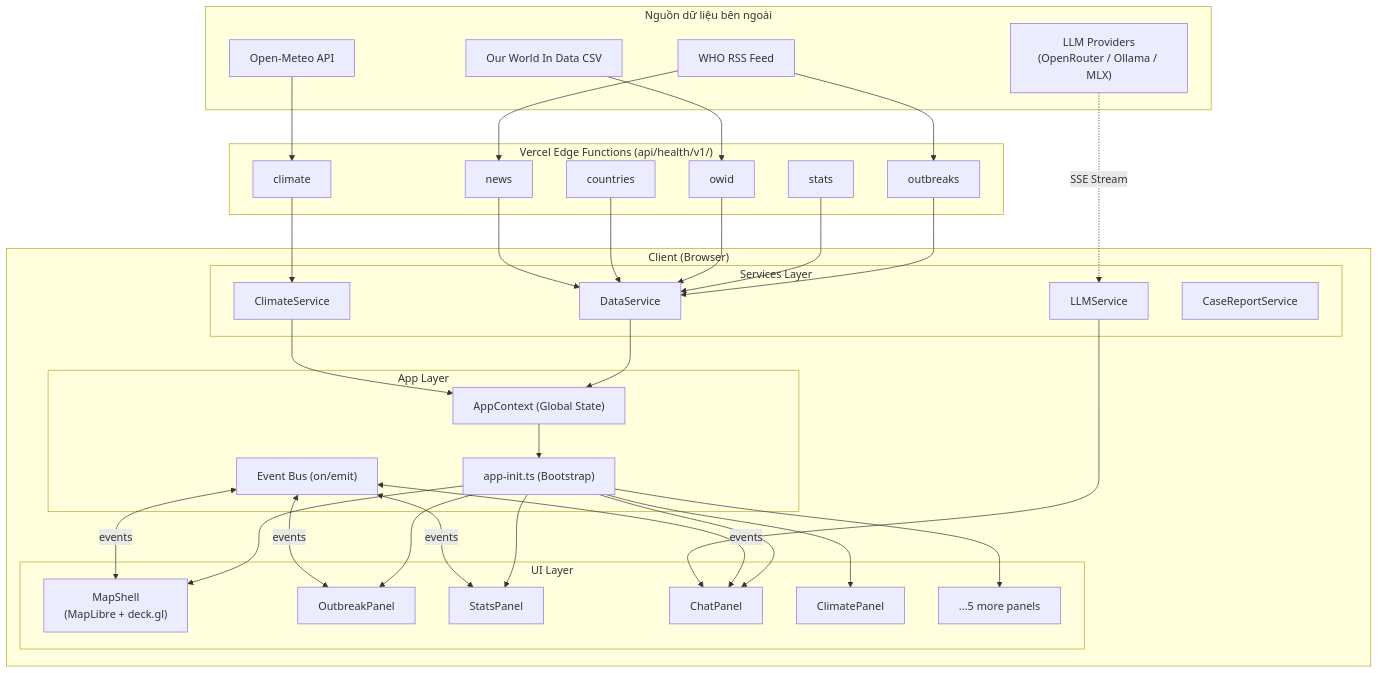
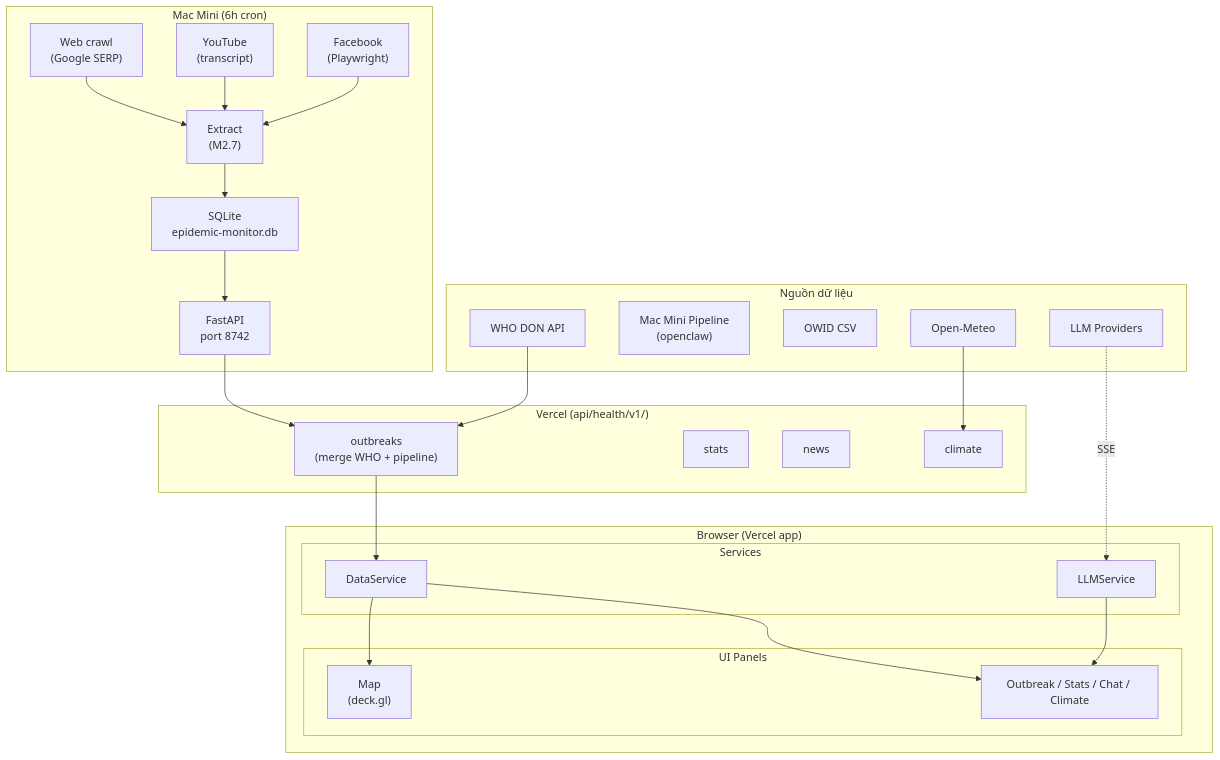
One commit to phuc-nt/my-epidemic-monitor changed the first of 5 diagrams in docs/technical/system-architecture.md. Above: the diagram before and after it, drawn with Mermaid. The commit also changed other lines of this file and 33 other files, not shown here.

````diff
--- a/docs/technical/system-architecture.md
+++ b/docs/technical/system-architecture.md
@@ -20,63 +25,52 @@
 ```mermaid
 graph TB
-    subgraph External["Nguồn dữ liệu bên ngoài"]
-        WHO["WHO RSS Feed"]
-        OWID["Our World In Data CSV"]
-        OM["Open-Meteo API"]
-        LLM_P["LLM Providers<br/>(OpenRouter / Ollama / MLX)"]
+    subgraph External["Nguồn dữ liệu"]
+        WHO["WHO DON API"]
+        MM["Mac Mini Pipeline<br/>(openclaw)"]
+        OWID["OWID CSV"]
+        OM["Open-Meteo"]
+        LLM_P["LLM Providers"]
     end
 
-    subgraph Edge["Vercel Edge Functions (api/health/v1/)"]
-        EF1["outbreaks"]
-        EF2["stats"]
-        EF3["owid"]
-        EF4["countries"]
-        EF5["news"]
-        EF6["climate"]
+    subgraph Pipeline["Mac Mini (6h cron)"]
+        WEB["Web crawl<br/>(Google SERP)"]
+        YT["YouTube<br/>(transcript)"]
+        FB["Facebook<br/>(Playwright)"]
+        EXT["Extract<br/>(M2.7)"]
+        DB["SQLite<br/>epidemic-monitor.db"]
+        API["FastAPI<br/>port 8742"]
     end
 
-    subgraph Client["Client (Browser)"]
-        subgraph Services["Services Layer"]
+    subgraph Edge["Vercel (api/health/v1/)"]
+        EF_OUT["outbreaks<br/>(merge WHO + pipeline)"]
+        EF_STATS["stats"]
+        EF_NEWS["news"]
+        EF_CLIMATE["climate"]
+    end
+
+    subgraph Client["Browser (Vercel app)"]
+        subgraph Services["Services"]
             DS["DataService"]
             LS["LLMService"]
-            CS["ClimateService"]
-            CR["CaseReportService"]
         end
 
-        subgraph AppLayer["App Layer"]
-            AC["AppContext (Global State)"]
-            INIT["app-init.ts (Bootstrap)"]
-            EB["Event Bus (on/emit)"]
-        end
-
-        subgraph UI["UI Layer"]
-            MAP["MapShell<br/>(MapLibre + deck.gl)"]
-            P1["OutbreakPanel"]
-            P2["StatsPanel"]
-            P3["ChatPanel"]
-            P4["ClimatePanel"]
-            P5["...5 more panels"]
+        subgraph UI["UI Panels"]
+            MAP["Map<br/>(deck.gl)"]
+            PANELS["Outbreak / Stats / Chat / Climate"]
         end
     end
 
-    WHO --> EF1
-    WHO --> EF5
-    OWID --> EF3
-    OM --> EF6
-    LLM_P -.->|SSE Stream| LS
-
-    EF1 --> DS
-    EF2 --> DS
-    EF3 --> DS
-    EF4 --> DS
-    EF5 --> DS
-    EF6 --> CS
-
-    DS --> AC
-    CS --> AC
-    AC --> INIT
-    INIT --> P1 & P2 & P3 & P4 & P5
-    INIT --> MAP
-    EB <-->|events| P1 & P2 & P3 & MAP
-    LS --> P3
+    WHO --> EF_OUT
+    WEB --> EXT
+    YT --> EXT
+    FB --> EXT
+    EXT --> DB
+    DB --> API
+    API --> EF_OUT
+    EF_OUT --> DS
+    OM --> EF_CLIMATE
+    LLM_P -.->|SSE| LS
+    DS --> PANELS
+    DS --> MAP
+    LS --> PANELS
 ```
````
